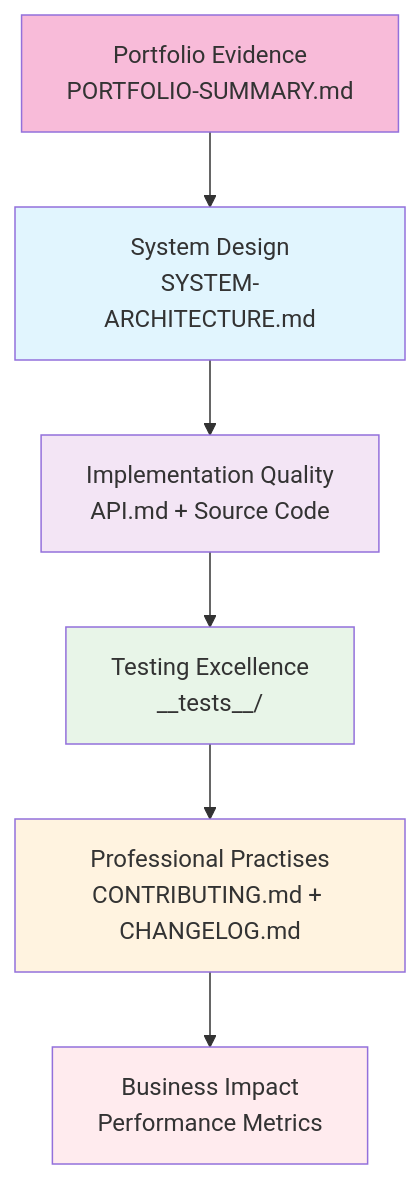
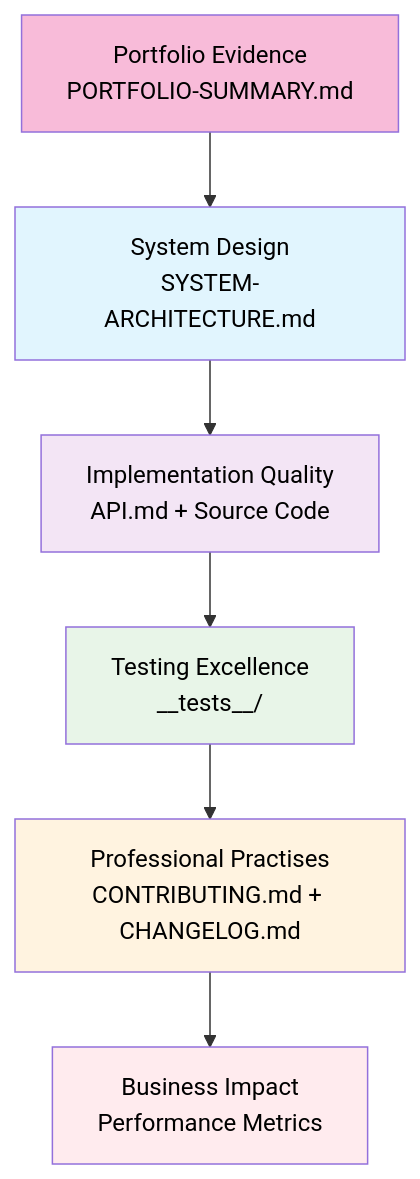
The third of 12 diagrams in docs/COMPLETE-DOCUMENTATION-GUIDE.md (Interlaken0/temperature-plotter), drawn with Mermaid before and after one commit. The commit also changed other lines of this file and 8 other files, not shown here.

First line of the commit message:
Standardise Mermaid diagram text colour to black across all documentation

````diff
--- a/docs/COMPLETE-DOCUMENTATION-GUIDE.md
+++ b/docs/COMPLETE-DOCUMENTATION-GUIDE.md
@@ -99,15 +99,15 @@
 ```mermaid
 graph TB
     A[Portfolio Evidence<br/>PORTFOLIO-SUMMARY.md] --> B[System Design<br/>SYSTEM-ARCHITECTURE.md]
     B --> C[Implementation Quality<br/>API.md + Source Code]
     C --> D[Testing Excellence<br/>__tests__/]
     D --> E[Professional Practises<br/>CONTRIBUTING.md + CHANGELOG.md]
     E --> F[Business Impact<br/>Performance Metrics]
     
-    style A fill:#f8bbd9
-    style B fill:#e1f5fe
-    style C fill:#f3e5f5
-    style D fill:#e8f5e8
-    style E fill:#fff3e0
-    style F fill:#ffebee
+    style A fill:#f8bbd9,color:#000000
+    style B fill:#e1f5fe,color:#000000
+    style C fill:#f3e5f5,color:#000000
+    style D fill:#e8f5e8,color:#000000
+    style E fill:#fff3e0,color:#000000
+    style F fill:#ffebee,color:#000000
 ```
````
